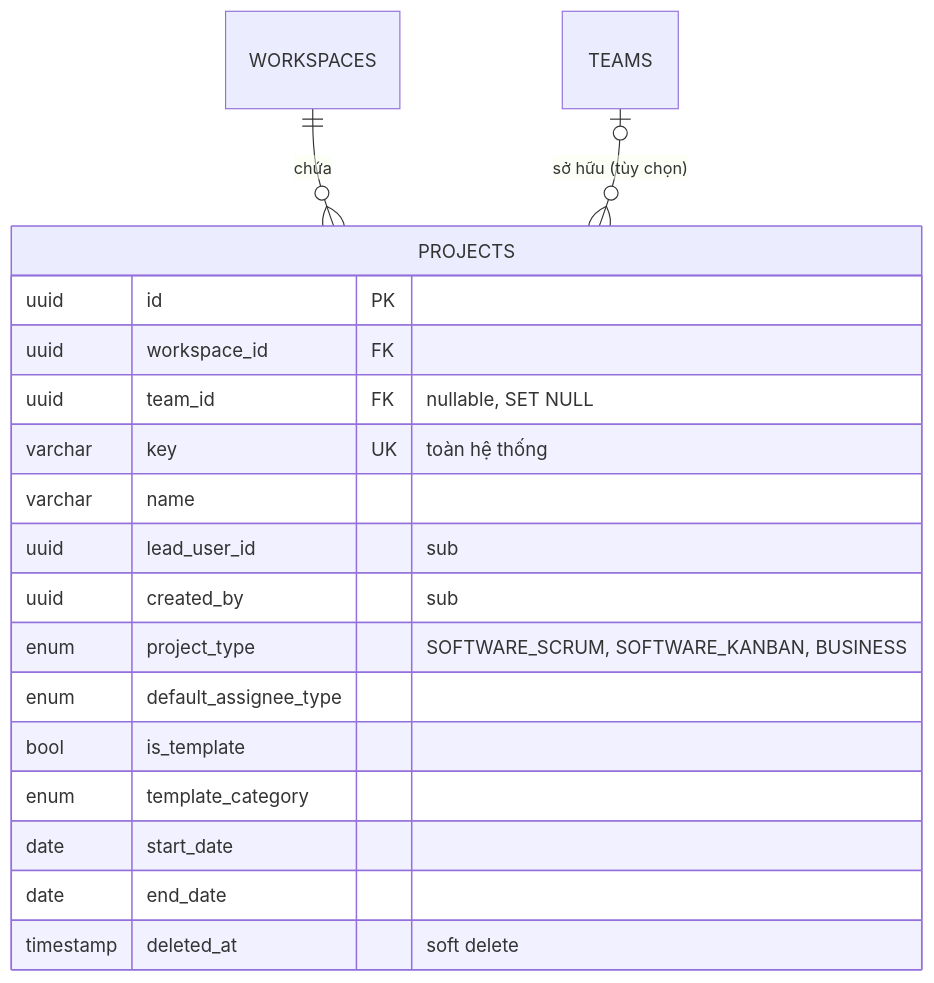
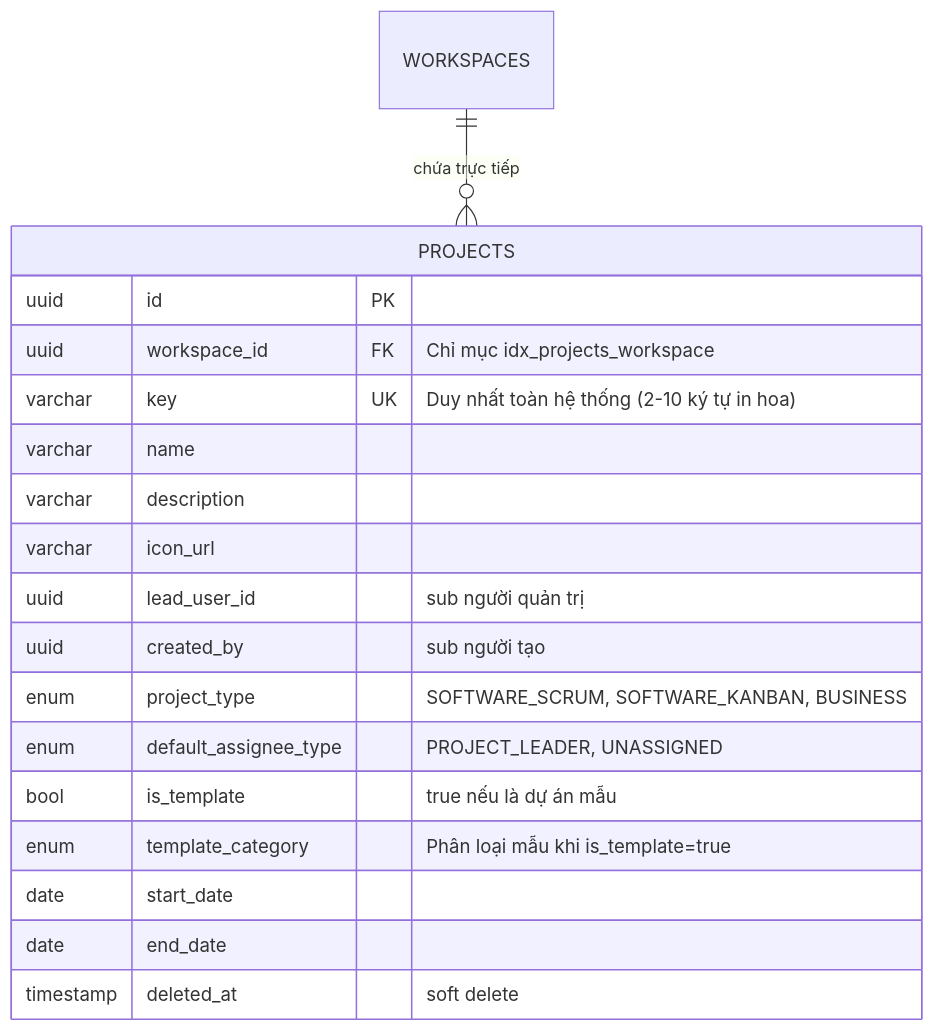
The fifth of 22 diagrams in formal_doc/01_QUAN_HE_THUC_THE.md (Hecker-Chuoi/DATN-2026), drawn with Mermaid before and after one commit. The commit also changed other lines of this file and 60 other files, not shown here.

````diff
--- a/formal_doc/01_QUAN_HE_THUC_THE.md
+++ b/formal_doc/01_QUAN_HE_THUC_THE.md
@@ -163,21 +162,21 @@
 ```mermaid
 erDiagram
-    WORKSPACES ||--o{ PROJECTS : "chứa"
-    TEAMS |o--o{ PROJECTS : "sở hữu (tùy chọn)"
+    WORKSPACES ||--o{ PROJECTS : "chứa trực tiếp"
     PROJECTS {
         uuid id PK
-        uuid workspace_id FK
-        uuid team_id FK "nullable, SET NULL"
-        varchar key UK "toàn hệ thống"
+        uuid workspace_id FK "Chỉ mục idx_projects_workspace"
+        varchar key UK "Duy nhất toàn hệ thống (2-10 ký tự in hoa)"
         varchar name
-        uuid lead_user_id "sub"
-        uuid created_by "sub"
+        varchar description
+        varchar icon_url
+        uuid lead_user_id "sub người quản trị"
+        uuid created_by "sub người tạo"
         enum project_type "SOFTWARE_SCRUM, SOFTWARE_KANBAN, BUSINESS"
-        enum default_assignee_type
-        bool is_template
-        enum template_category
+        enum default_assignee_type "PROJECT_LEADER, UNASSIGNED"
+        bool is_template "true nếu là dự án mẫu"
+        enum template_category "Phân loại mẫu khi is_template=true"
         date start_date
         date end_date
         timestamp deleted_at "soft delete"
     }
 ```
````
